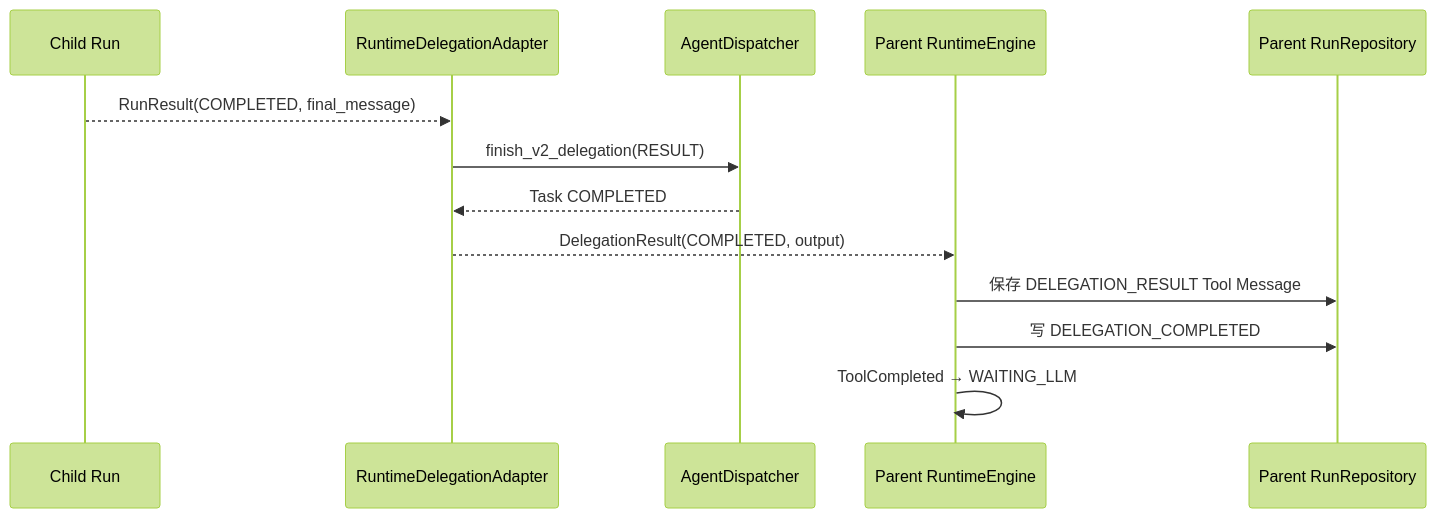
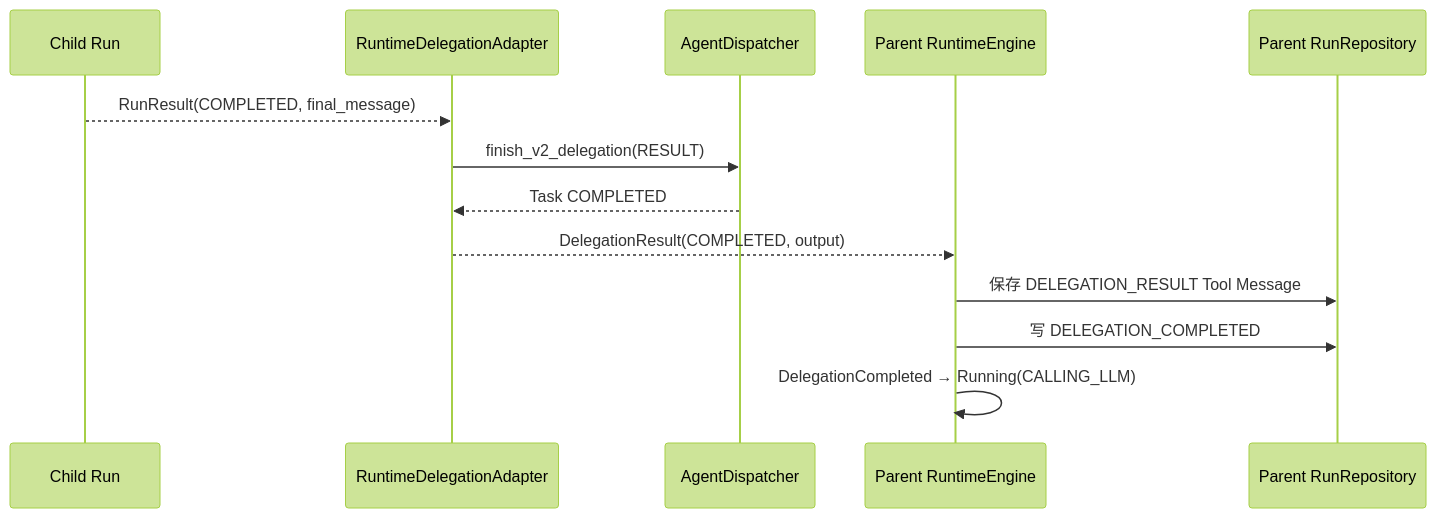
Before and after one commit to aandbcct/dotClaw: diagram 13 of 22 in docs/wiki/Orchestration 与 Delegation 模块总体说明.md, drawn with Mermaid (forest theme). The commit also changed other lines of this file and 12 other files, not shown here.

````diff
--- a/docs/wiki/Orchestration 与 Delegation 模块总体说明.md
+++ b/docs/wiki/Orchestration 与 Delegation 模块总体说明.md
@@ -1309,16 +1310,16 @@
 ```mermaid
 sequenceDiagram
     participant Child as Child Run
     participant Adapter as RuntimeDelegationAdapter
     participant Dispatcher as AgentDispatcher
     participant Parent as Parent RuntimeEngine
     participant Repo as Parent RunRepository
 
     Child-->>Adapter: RunResult(COMPLETED, final_message)
     Adapter->>Dispatcher: finish_v2_delegation(RESULT)
     Dispatcher-->>Adapter: Task COMPLETED
     Adapter-->>Parent: DelegationResult(COMPLETED, output)
     Parent->>Repo: 保存 DELEGATION_RESULT Tool Message
     Parent->>Repo: 写 DELEGATION_COMPLETED
-    Parent->>Parent: ToolCompleted → WAITING_LLM
+    Parent->>Parent: DelegationCompleted → Running(CALLING_LLM)
 ```
````
